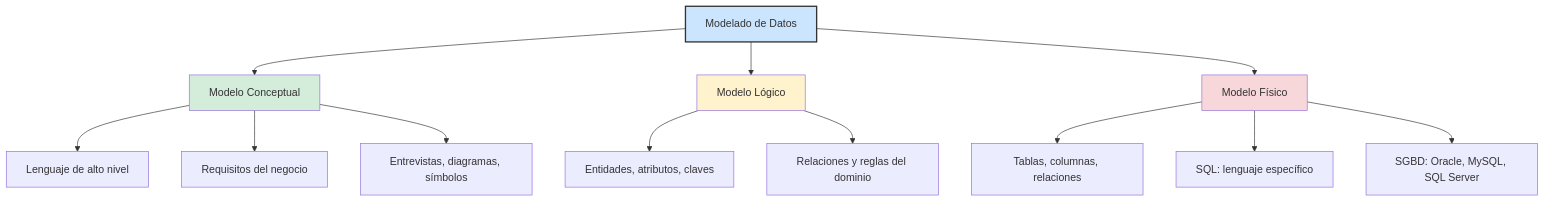
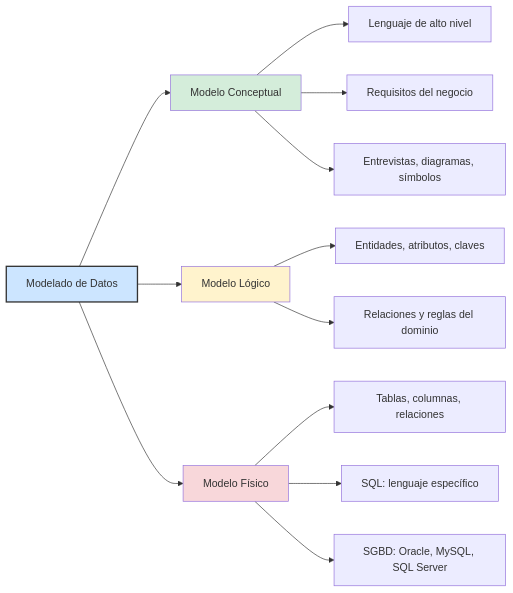
Before and after one commit to ojsilvera/AlluraG8_2025: the diagram in Fase_2/1_Modelado_Datos_python/3_modelado_datos/1_Modelado entidades relaciones y atrinutos.md, drawn with Mermaid. The commit also changed other lines of this file, not shown here.

Commit message:
Modelado de bases de datos

````diff
--- a/Fase_2/1_Modelado_Datos_python/3_modelado_datos/1_Modelado entidades relaciones y atrinutos.md
+++ b/Fase_2/1_Modelado_Datos_python/3_modelado_datos/1_Modelado entidades relaciones y atrinutos.md
@@ -144,23 +155,18 @@
 ```mermaid
-    flowchart TD
-
-    A[Modelado de Datos] --> B[Modelo Conceptual]
-    A --> C[Modelo Lógico]
-    A --> D[Modelo Físico]
-
-    B --> E[Lenguaje de alto nivel]
-    B --> F[Requisitos del negocio]
-    B --> G[Entrevistas, diagramas, símbolos]
-
-    C --> H[Entidades, atributos, claves]
-    C --> I[Relaciones y reglas del dominio]
-
-    D --> J[Tablas, columnas, relaciones]
-    D --> K[SQL: lenguaje específico]
-    D --> L[SGBD: Oracle, MySQL, SQL Server]
-
-    style A fill:#cce5ff,stroke:#333,stroke-width:2px
-    style B fill:#d4edda
-    style C fill:#fff3cd
-    style D fill:#f8d7da
+graph LR
+A[Modelado de Datos] --> B[Modelo Conceptual]
+A --> C[Modelo Lógico]
+A --> D[Modelo Físico]
+B --> E[Lenguaje de alto nivel]
+B --> F[Requisitos del negocio]
+B --> G[Entrevistas, diagramas, símbolos]
+C --> H[Entidades, atributos, claves]
+C --> I[Relaciones y reglas del dominio]
+D --> J[Tablas, columnas, relaciones]
+D --> K[SQL: lenguaje específico]
+D --> L[SGBD: Oracle, MySQL, SQL Server]
+style A fill:#cce5ff,stroke:#333,stroke-width:2px
+style B fill:#d4edda
+style C fill:#fff3cd
+style D fill:#f8d7da
 ```
````
